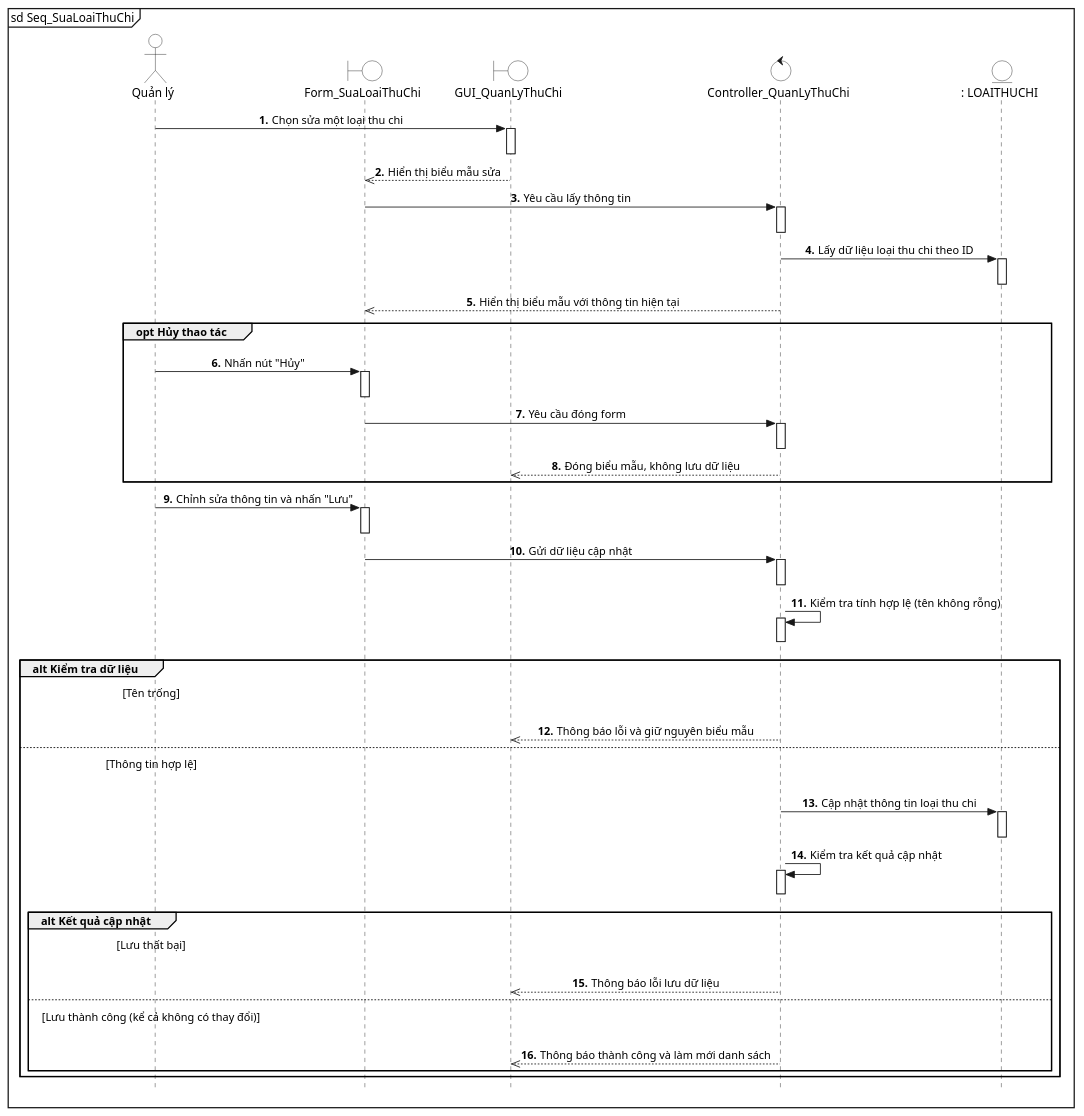
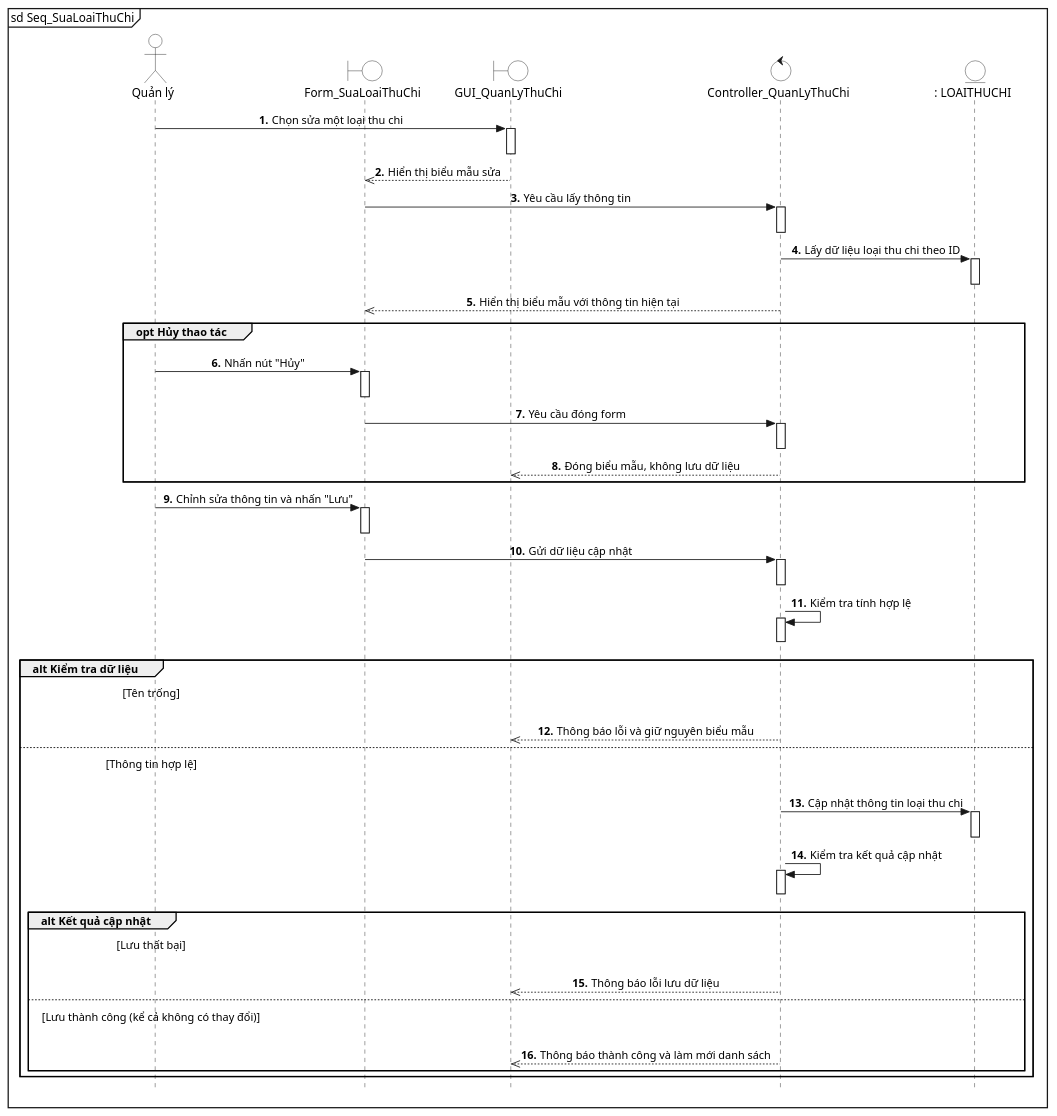
Before and after one commit to lancelotviendangkhoa710/IS-System-Development: the diagram in diagram/sq_Khang/54_SuaLoaiThuChi.puml, drawn with PlantUML. The commit also changed 4 other files, not shown here.

Commit message:
update: sequence baocaothongke, quanlythuchi

```diff
--- a/diagram/sq_Khang/54_SuaLoaiThuChi.puml
+++ b/diagram/sq_Khang/54_SuaLoaiThuChi.puml
@@ -1,95 +1,95 @@
 @startuml SuaLoaiThuChi
 mainframe sd Seq_SuaLoaiThuChi
 autonumber "<b>##."
 skinparam sequenceMessageAlign center
 skinparam style strictuml
 
     skinparam noteBackgroundColor transparent
     skinparam noteBorderColor transparent
 
 actor "Quản lý" as QL #White
 boundary "Form_SuaLoaiThuChi" as FRM #White
 boundary "GUI_QuanLyThuChi" as UI #White
 control "Controller_QuanLyThuChi" as SYS #White
 entity ": LOAITHUCHI" as DB_LTC #White
 
 QL -> UI: Chọn sửa một loại thu chi
 activate UI
 deactivate UI
 
 UI -->> FRM: Hiển thị biểu mẫu sửa
 
 
 FRM -> SYS: Yêu cầu lấy thông tin
 activate SYS
 deactivate SYS
 
 SYS -> DB_LTC: Lấy dữ liệu loại thu chi theo ID
 activate DB_LTC
 deactivate DB_LTC
 
 SYS -->> FRM: Hiển thị biểu mẫu với thông tin hiện tại
 
 group opt Hủy thao tác
     autonumber stop
     QL -[hidden]-> DB_LTC
     autonumber resume "<b>##."
     QL -> FRM: Nhấn nút "Hủy"
     activate FRM
     deactivate FRM
     
 FRM -> SYS: Yêu cầu đóng form
     activate SYS
     deactivate SYS
     
     SYS -->> UI: Đóng biểu mẫu, không lưu dữ liệu
 end
 
 
 QL -> FRM: Chỉnh sửa thông tin và nhấn "Lưu"
 activate FRM
 deactivate FRM
 
 FRM -> SYS: Gửi dữ liệu cập nhật
 activate SYS
 deactivate SYS
 
-SYS -> SYS: Kiểm tra tính hợp lệ (tên không rỗng)
+SYS -> SYS: Kiểm tra tính hợp lệ
 activate SYS
 deactivate SYS
 
 group alt Kiểm tra dữ liệu
     note over of QL: [Tên trống]
     autonumber stop
     QL -[hidden]-> DB_LTC
     autonumber resume "<b>##."
     SYS -->> UI: Thông báo lỗi và giữ nguyên biểu mẫu
 else 
     note over of QL: [Thông tin hợp lệ]
     autonumber stop
     QL -[hidden]-> DB_LTC
     autonumber resume "<b>##."
     SYS -> DB_LTC: Cập nhật thông tin loại thu chi
     activate DB_LTC
     deactivate DB_LTC
 
     SYS -> SYS: Kiểm tra kết quả cập nhật
     activate SYS
     deactivate SYS
     
     group alt Kết quả cập nhật
         note over of QL: [Lưu thất bại]
         autonumber stop
         QL -[hidden]-> DB_LTC
         autonumber resume "<b>##."
         SYS -->> UI: Thông báo lỗi lưu dữ liệu
     else 
         note over of QL: [Lưu thành công (kể cả không có thay đổi)]
         autonumber stop
         QL -[hidden]-> DB_LTC
         autonumber resume "<b>##."
         SYS -->> UI: Thông báo thành công và làm mới danh sách
     end
 end
 
 @enduml
```
